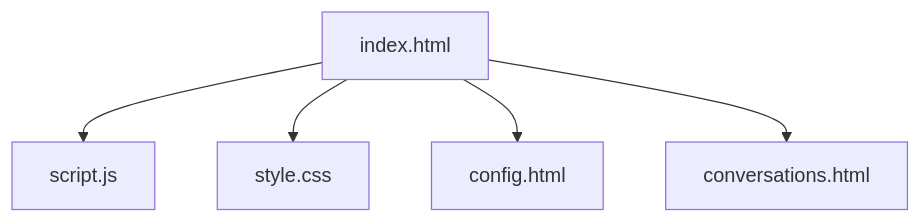
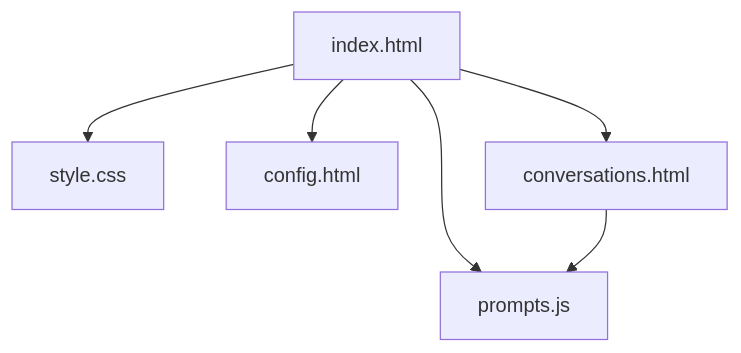
One commit to Gyrych/PhoneChat changed the diagram in README.md. Above: the diagram before and after it, drawn with Mermaid. The commit also changed other lines of this file and 2 other files, not shown here.

Commit message:
v0.1.3 更新文档以确保与当前实现一致，包括默认 API 端点、主要文件说明、核心数据流和依赖项的详细描述。修正 `config.html` 的模型选择说明，明确演示模式下的 API Key 使用方式，提升用户理解和体验。

````diff
--- a/README.md
+++ b/README.md
@@ -65,7 +68,8 @@
 ```mermaid
 flowchart TB
-  A[index.html] --> B[script.js]
-  A --> C[style.css]
+  A[index.html] --> C[style.css]
   A --> D[config.html]
   A --> E[conversations.html]
+  A --> F[prompts.js]
+  E --> F
 ```
````
